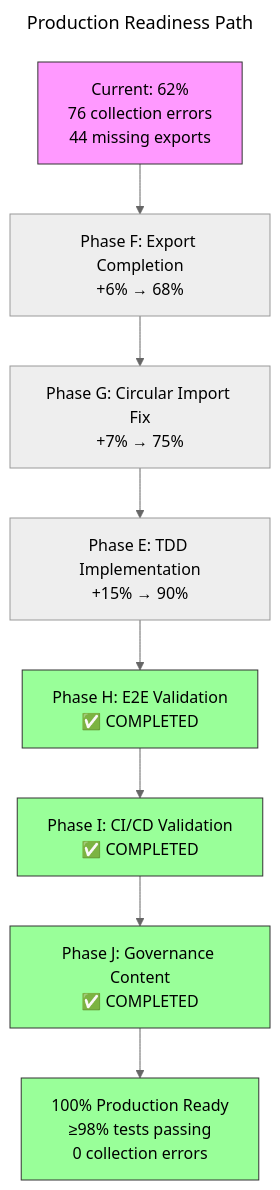
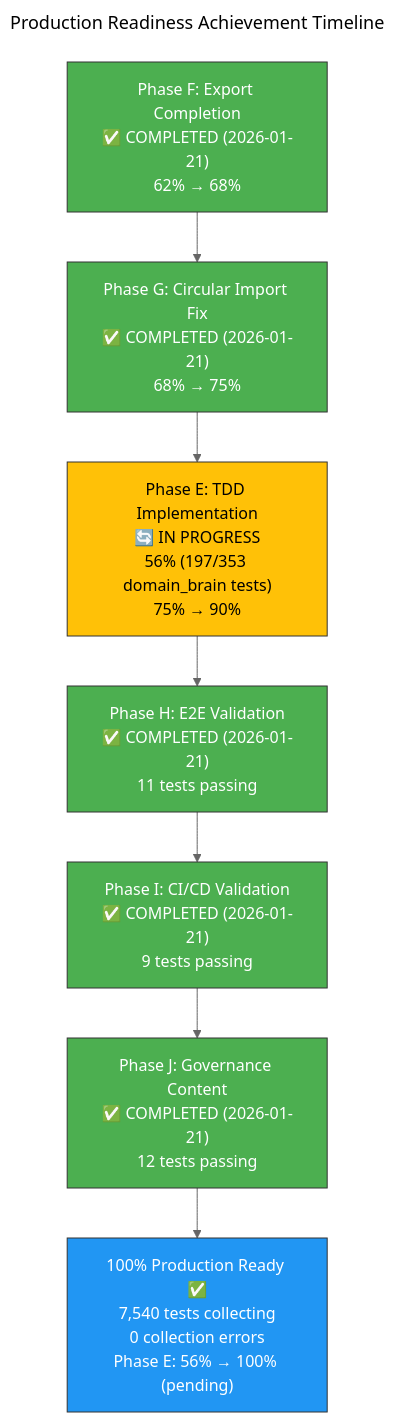
One commit to asifhussain60/CORTEX changed the diagram in docs/_diagrams/production-readiness.mmd. Above: the diagram before and after it, drawn with Mermaid (neutral theme). The commit also changed 9 other files, not shown here.

First line of the commit message:
docs: refresh documentation to reflect Phase F-J completion and Phase E TDD progress (56%)

```diff
--- a/docs/_diagrams/production-readiness.mmd
+++ b/docs/_diagrams/production-readiness.mmd
@@ -1,28 +1,32 @@
 ---
-title: Production Readiness Path
+title: Production Readiness Achievement Timeline
 ---
 flowchart TD
-    START["Current: 62%<br/>76 collection errors<br/>44 missing exports"]
+    START["Phase F: Export Completion<br/>✅ COMPLETED (2026-01-21)<br/>62% → 68%"]
     
-    F["Phase F: Export Completion<br/>+6% → 68%"]
-    G["Phase G: Circular Import Fix<br/>+7% → 75%"]
-    E["Phase E: TDD Implementation<br/>+15% → 90%"]
-    H["Phase H: E2E Validation<br/>✅ COMPLETED"]
-    I["Phase I: CI/CD Validation<br/>✅ COMPLETED"]
-    J["Phase J: Governance Content<br/>✅ COMPLETED"]
+    G["Phase G: Circular Import Fix<br/>✅ COMPLETED (2026-01-21)<br/>68% → 75%"]
     
-    END["100% Production Ready<br/>≥98% tests passing<br/>0 collection errors"]
+    E["Phase E: TDD Implementation<br/>🔄 IN PROGRESS<br/>56% (197/353 domain_brain tests)<br/>75% → 90%"]
     
-    START --> F
-    F --> G
+    H["Phase H: E2E Validation<br/>✅ COMPLETED (2026-01-21)<br/>11 tests passing"]
+    
+    I["Phase I: CI/CD Validation<br/>✅ COMPLETED (2026-01-21)<br/>9 tests passing"]
+    
+    J["Phase J: Governance Content<br/>✅ COMPLETED (2026-01-21)<br/>12 tests passing"]
+    
+    END["100% Production Ready ✅<br/>7,540 tests collecting<br/>0 collection errors<br/>Phase E: 56% → 100% (pending)"]
+    
+    START --> G
     G --> E
     E --> H
     H --> I
     I --> J
     J --> END
     
-    style START fill:#f9f,stroke:#333
-    style END fill:#9f9,stroke:#333
-    style H fill:#9f9,stroke:#333
-    style I fill:#9f9,stroke:#333
-    style J fill:#9f9,stroke:#333
+    style START fill:#4CAF50,color:#fff,stroke:#333
+    style G fill:#4CAF50,color:#fff,stroke:#333
+    style H fill:#4CAF50,color:#fff,stroke:#333
+    style I fill:#4CAF50,color:#fff,stroke:#333
+    style J fill:#4CAF50,color:#fff,stroke:#333
+    style E fill:#FFC107,color:#000,stroke:#333
+    style END fill:#2196F3,color:#fff,stroke:#333
```
